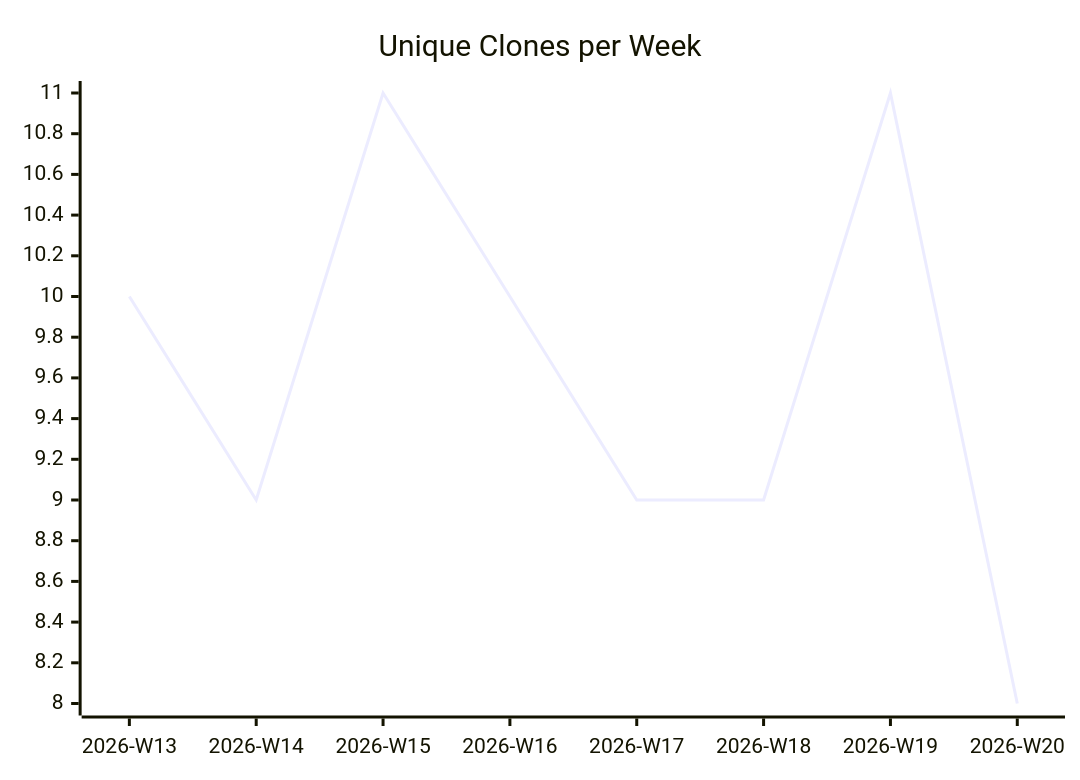
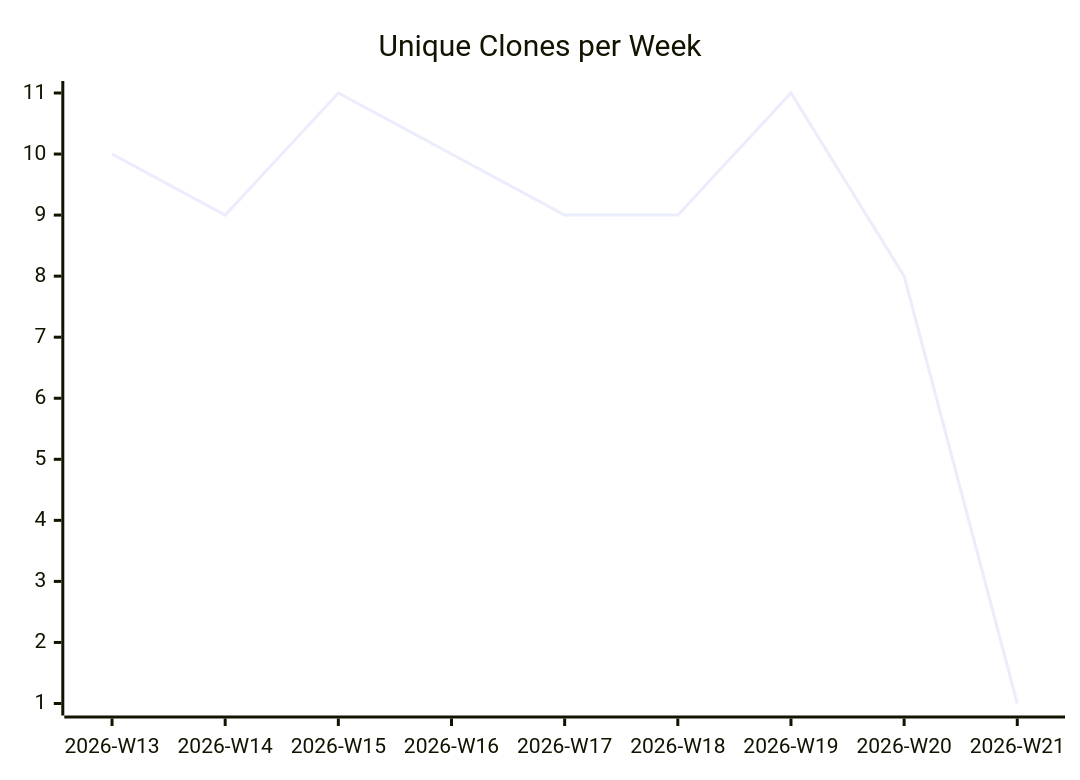
Before and after one commit to justdavis-family/github-analytics-data: the third of 3 diagrams in karlmdavis/usgs-water-api-java/README.md, drawn with Mermaid. The commit also changed other lines of this file and 189 other files, not shown here.

````diff
--- a/karlmdavis/usgs-water-api-java/README.md
+++ b/karlmdavis/usgs-water-api-java/README.md
@@ -19,6 +19,6 @@
 ```mermaid
 xychart-beta
   title "Unique Clones per Week"
-  x-axis ["2026-W13", "2026-W14", "2026-W15", "2026-W16", "2026-W17", "2026-W18", "2026-W19", "2026-W20"]
-  line [10, 9, 11, 10, 9, 9, 11, 8]
+  x-axis ["2026-W13", "2026-W14", "2026-W15", "2026-W16", "2026-W17", "2026-W18", "2026-W19", "2026-W20", "2026-W21"]
+  line [10, 9, 11, 10, 9, 9, 11, 8, 1]
 ```
````
